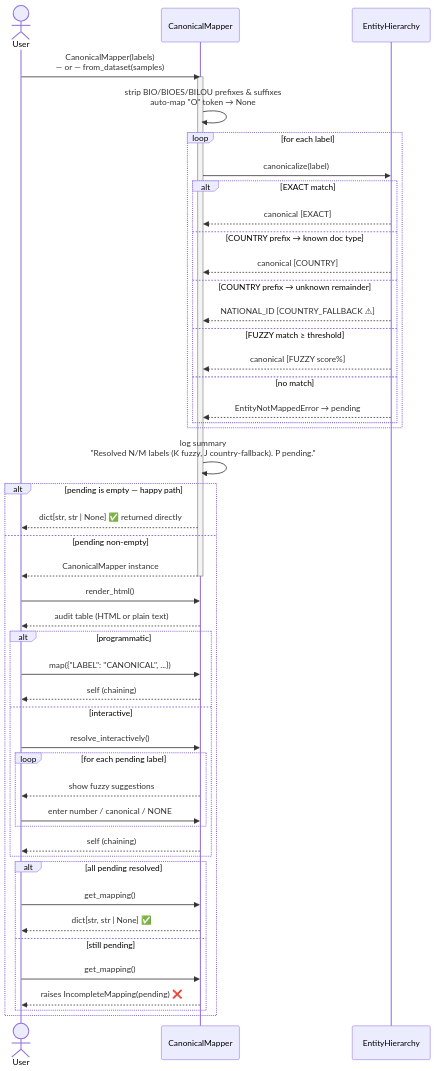
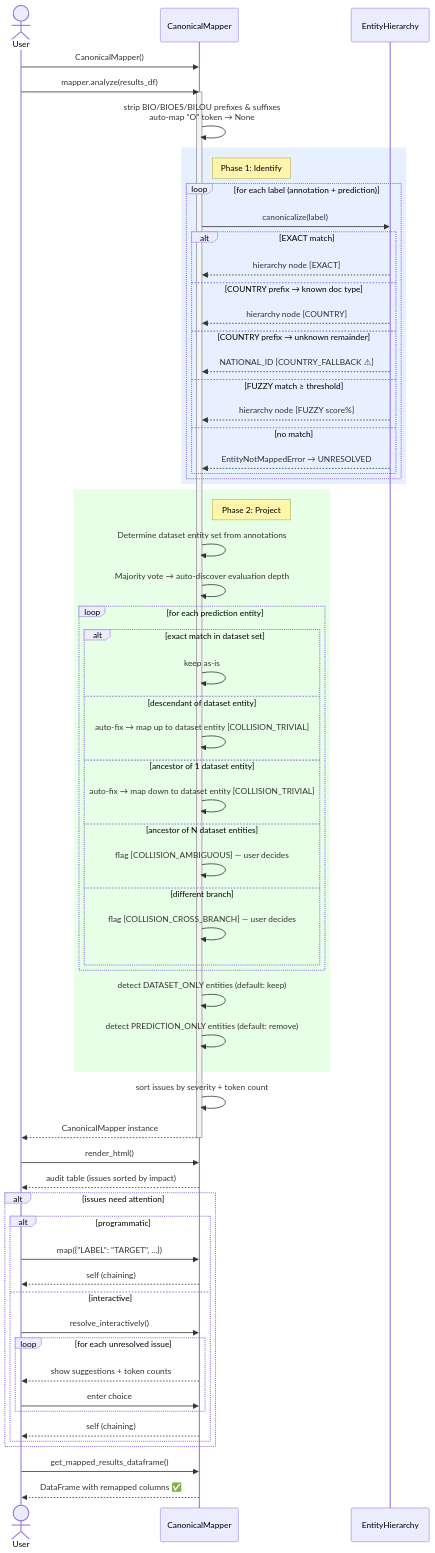
The diagram in tasks/prd-entity-mapping-workflow.md (data-privacy-stack/presidio-research), drawn with Mermaid before and after one commit. The commit also changed other lines of this file and 16 other files, not shown here.

First line of the commit message:
refactor: rename eval_surface/eval_depth to canonical_surface/canonical_depth

````diff
--- a/tasks/prd-entity-mapping-workflow.md
+++ b/tasks/prd-entity-mapping-workflow.md
@@ -27,58 +34,76 @@
 ```mermaid
 sequenceDiagram
     actor User
     participant CM as CanonicalMapper
     participant EH as EntityHierarchy
 
-    User->>CM: CanonicalMapper(labels)<br/>— or — from_dataset(samples)
+    User->>CM: CanonicalMapper()
+    User->>CM: mapper.analyze(results_df)
 
     activate CM
     CM->>CM: strip BIO/BIOES/BILOU prefixes & suffixes<br/>auto-map "O" token → None
 
-    loop for each label
-        CM->>EH: canonicalize(label)
-        alt EXACT match
-            EH-->>CM: canonical  [EXACT]
-        else COUNTRY prefix → known doc type
-            EH-->>CM: canonical  [COUNTRY]
-        else COUNTRY prefix → unknown remainder
-            EH-->>CM: NATIONAL_ID  [COUNTRY_FALLBACK ⚠]
-        else FUZZY match ≥ threshold
-            EH-->>CM: canonical  [FUZZY score%]
-        else no match
-            EH-->>CM: EntityNotMappedError → pending
+    rect rgb(230, 240, 255)
+        note right of CM: Phase 1: Identify
+        loop for each label (annotation + prediction)
+            CM->>EH: canonicalize(label)
+            alt EXACT match
+                EH-->>CM: hierarchy node [EXACT]
+            else COUNTRY prefix → known doc type
+                EH-->>CM: hierarchy node [COUNTRY]
+            else COUNTRY prefix → unknown remainder
+                EH-->>CM: NATIONAL_ID [COUNTRY_FALLBACK ⚠]
+            else FUZZY match ≥ threshold
+                EH-->>CM: hierarchy node [FUZZY score%]
+            else no match
+                EH-->>CM: EntityNotMappedError → UNRESOLVED
+            end
         end
     end
 
-    CM->>CM: log summary<br/>"Resolved N/M labels (K fuzzy, J country-fallback). P pending."
+    rect rgb(230, 255, 230)
+        note right of CM: Phase 2: Project
+        CM->>CM: Determine dataset entity set from annotations
+        CM->>CM: Majority vote → auto-discover evaluation depth
+        loop for each prediction entity
+            alt exact match in dataset set
+                CM->>CM: keep as-is
+            else descendant of dataset entity
+                CM->>CM: auto-fix → map up to dataset entity [COLLISION_TRIVIAL]
+            else ancestor of 1 dataset entity
+                CM->>CM: auto-fix → map down to dataset entity [COLLISION_TRIVIAL]
+            else ancestor of N dataset entities
+                CM->>CM: flag [COLLISION_AMBIGUOUS] — user decides
+            else different branch
+                CM->>CM: flag [COLLISION_CROSS_BRANCH] — user decides
+            end
+        end
+        CM->>CM: detect DATASET_ONLY entities (default: keep)
+        CM->>CM: detect PREDICTION_ONLY entities (default: remove)
+    end
 
-    alt pending is empty — happy path
-        CM-->>User: dict[str, str | None]  ✅ returned directly
-    else pending non-empty
-        CM-->>User: CanonicalMapper instance
-        deactivate CM
+    CM->>CM: sort issues by severity + token count
 
-        User->>CM: render_html()
-        CM-->>User: audit table (HTML or plain text)
+    CM-->>User: CanonicalMapper instance
+    deactivate CM
 
+    User->>CM: render_html()
+    CM-->>User: audit table (issues sorted by impact)
+
+    alt issues need attention
         alt programmatic
-            User->>CM: map({"LABEL": "CANONICAL", ...})
+            User->>CM: map({"LABEL": "TARGET", ...})
             CM-->>User: self (chaining)
         else interactive
             User->>CM: resolve_interactively()
-            loop for each pending label
-                CM-->>User: show fuzzy suggestions
-                User->>CM: enter number / canonical / NONE
+            loop for each unresolved issue
+                CM-->>User: show suggestions + token counts
+                User->>CM: enter choice
             end
             CM-->>User: self (chaining)
         end
+    end
 
-        alt all pending resolved
-            User->>CM: get_mapping()
-            CM-->>User: dict[str, str | None]  ✅
-        else still pending
-            User->>CM: get_mapping()
-            CM-->>User: raises IncompleteMapping(pending)  ❌
-        end
-    end
+    User->>CM: get_mapped_results_dataframe()
+    CM-->>User: DataFrame with remapped columns ✅
 ```
````
